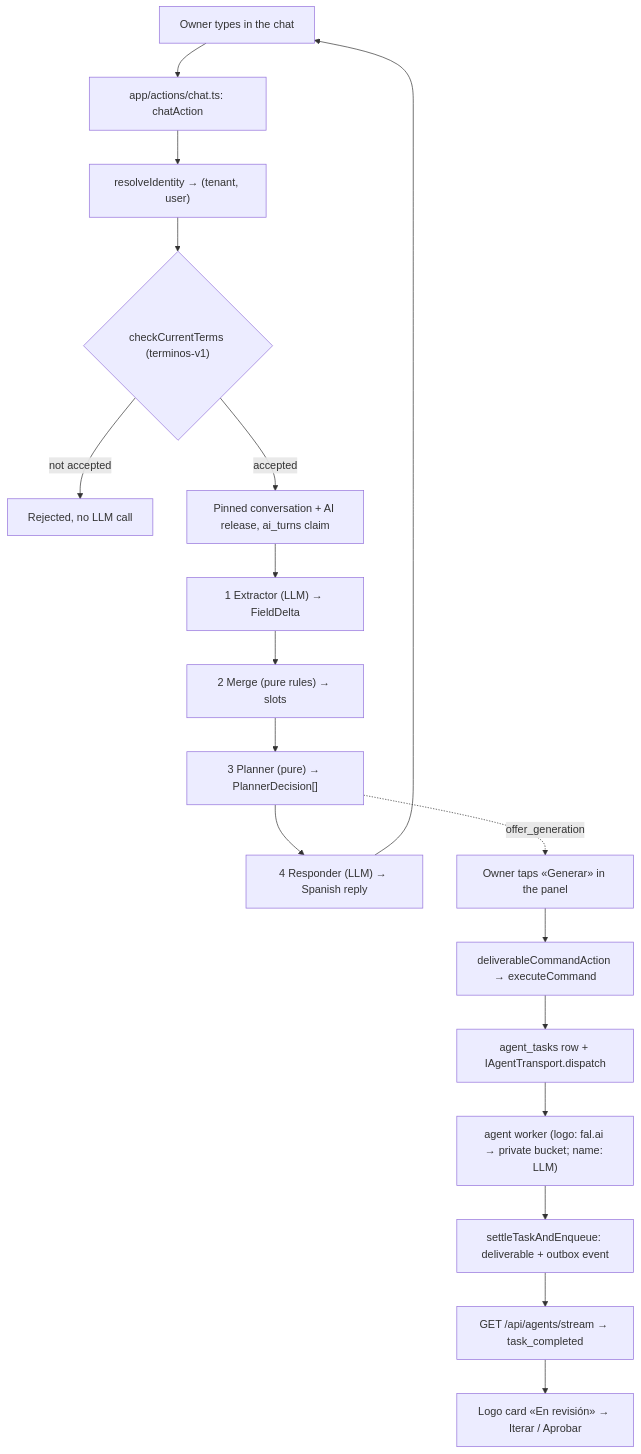
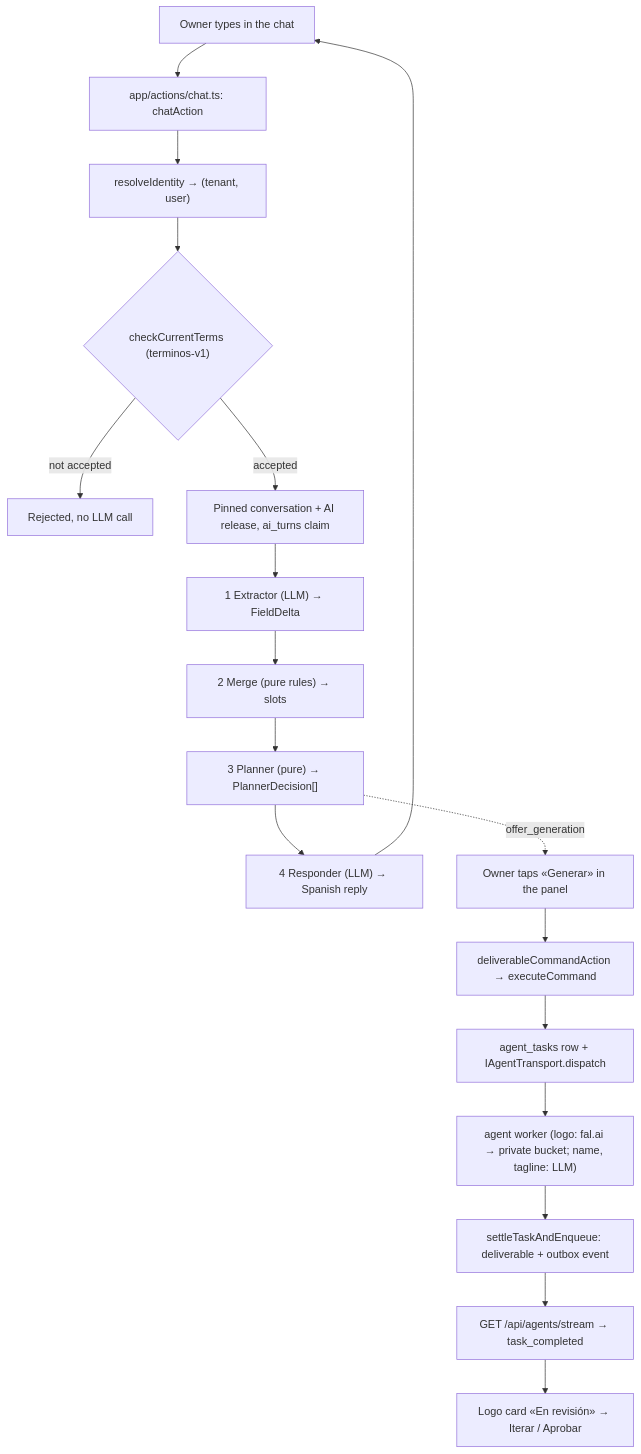
The diagram in docs/features/README.md (Tendrel-AI/Mype-Crea), drawn with Mermaid before and after one commit. The commit also changed other lines of this file and 5 other files, not shown here.

Commit message:
docs(KAN-32): document tagline-agent and upstream inputs

````diff
--- a/docs/features/README.md
+++ b/docs/features/README.md
@@ -16,20 +16,20 @@
 ```mermaid
 flowchart TD
   U[Owner types in the chat] --> CA["app/actions/chat.ts: chatAction"]
   CA --> ID["resolveIdentity → (tenant, user)"]
   ID --> T{"checkCurrentTerms (terminos-v1)"}
   T -- not accepted --> X[Rejected, no LLM call]
   T -- accepted --> PIN["Pinned conversation + AI release, ai_turns claim"]
   PIN --> E["1 Extractor (LLM) → FieldDelta"]
   E --> M["2 Merge (pure rules) → slots"]
   M --> P["3 Planner (pure) → PlannerDecision[]"]
   P --> R["4 Responder (LLM) → Spanish reply"]
   R --> U
   P -. offer_generation .-> B["Owner taps «Generar» in the panel"]
   B --> DC["deliverableCommandAction → executeCommand"]
   DC --> Q["agent_tasks row + IAgentTransport.dispatch"]
-  Q --> W["agent worker (logo: fal.ai → private bucket; name: LLM)"]
+  Q --> W["agent worker (logo: fal.ai → private bucket; name, tagline: LLM)"]
   W --> S["settleTaskAndEnqueue: deliverable + outbox event"]
   S --> SSE["GET /api/agents/stream → task_completed"]
   SSE --> L["Logo card «En revisión» → Iterar / Aprobar"]
 ```
````
